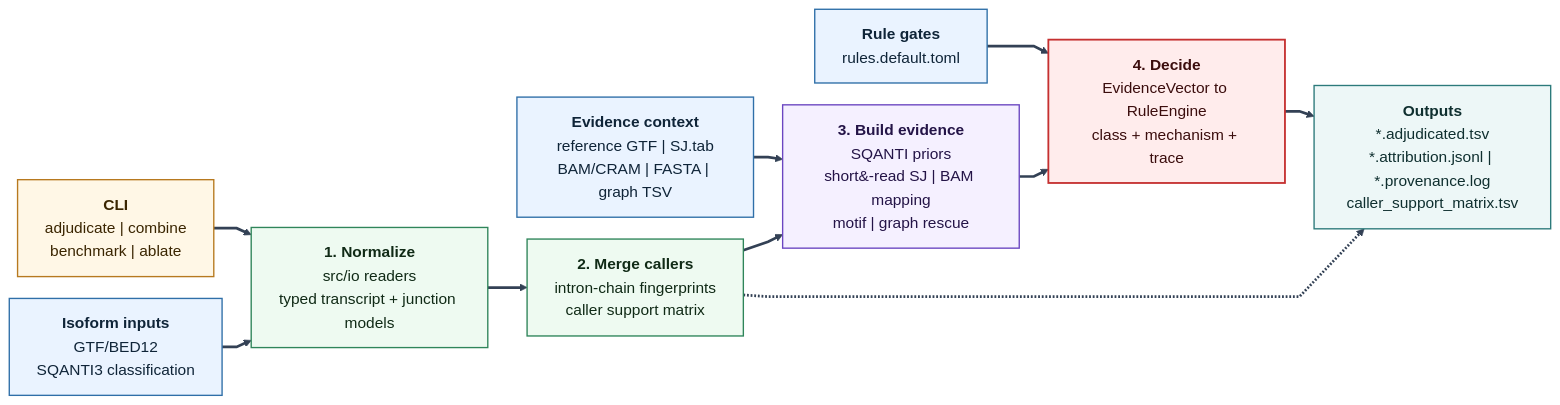
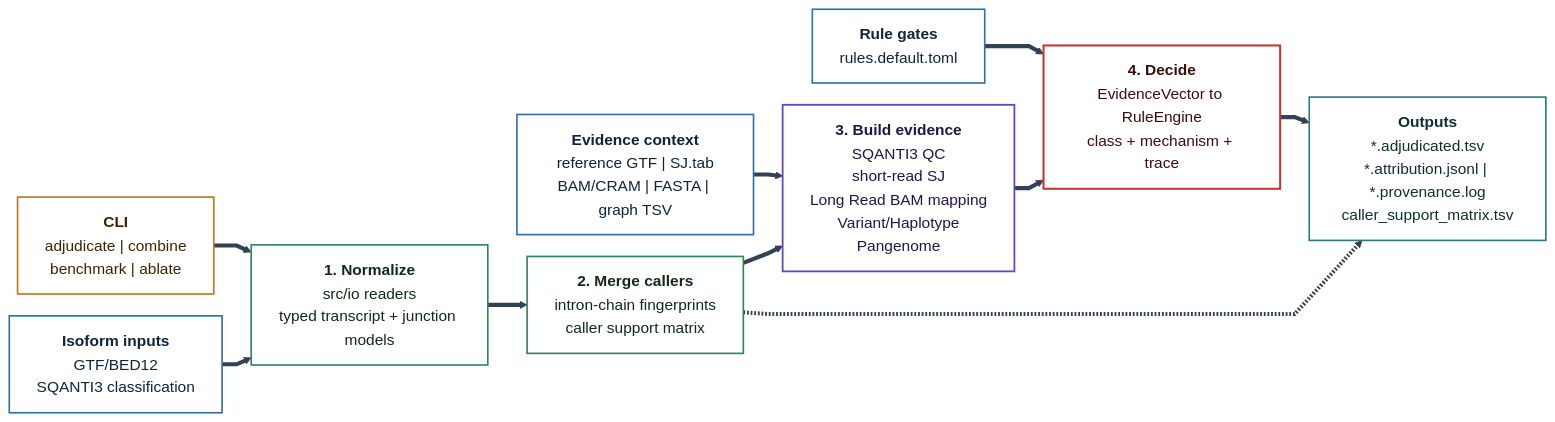
The diagram in README.md (jibeomko/PanIsoGuard), drawn with Mermaid before and after one commit.

Commit message:
docs: tune architecture diagram styling

````diff
--- a/README.md
+++ b/README.md
@@ -216,39 +216,39 @@
 ```mermaid
-%%{init: {"theme": "base", "themeVariables": {"fontSize": "17px", "fontFamily": "Arial, sans-serif", "primaryTextColor": "#111827", "lineColor": "#334155", "arrowheadColor": "#334155"}, "flowchart": {"htmlLabels": true, "curve": "linear", "nodeSpacing": 24, "rankSpacing": 32}}}%%
+%%{init: {"theme": "base", "themeVariables": {"background": "#ffffff", "mainBkg": "#ffffff", "fontSize": "17px", "fontFamily": "Arial, sans-serif", "primaryTextColor": "#111827", "lineColor": "#334155", "arrowheadColor": "#334155"}, "flowchart": {"htmlLabels": true, "curve": "linear", "nodeSpacing": 24, "rankSpacing": 32}}}%%
 flowchart LR
   CLI["<b>CLI</b><br/>adjudicate | combine<br/>benchmark | ablate"]
   Iso["<b>Isoform inputs</b><br/>GTF/BED12<br/>SQANTI3 classification"]
   Context["<b>Evidence context</b><br/>reference GTF | SJ.tab<br/>BAM/CRAM | FASTA | graph TSV"]
   Rules["<b>Rule gates</b><br/>rules.default.toml"]
 
   Normalize["<b>1. Normalize</b><br/>src/io readers<br/>typed transcript + junction models"]
   Consensus["<b>2. Merge callers</b><br/>intron-chain fingerprints<br/>caller support matrix"]
-  Evidence["<b>3. Build evidence</b><br/>SQANTI priors<br/>short&#8209;read&nbsp;SJ | BAM mapping<br/>motif | graph rescue"]
+  Evidence["<b>3. Build evidence</b><br/>SQANTI3 QC<br/>short‑read SJ<br/>Long Read BAM mapping<br/>Variant/Haplotype<br/>Pangenome"]
   Decide["<b>4. Decide</b><br/>EvidenceVector to RuleEngine<br/>class + mechanism + trace"]
   Outputs["<b>Outputs</b><br/>*.adjudicated.tsv<br/>*.attribution.jsonl | *.provenance.log<br/>caller_support_matrix.tsv"]
 
   CLI ==> Normalize
   Iso ==> Normalize
   Normalize ==> Consensus
   Consensus ==> Evidence
   Evidence ==> Decide
   Decide ==> Outputs
   Context ==> Evidence
   Rules ==> Decide
   Consensus -.-> Outputs
 
-  classDef command fill:#fff7e6,stroke:#b7791f,stroke-width:1.5px,color:#3a2500,font-size:17px;
-  classDef input fill:#eaf3ff,stroke:#2f6fa8,stroke-width:1.5px,color:#0f2438,font-size:17px;
-  classDef process fill:#eefaf1,stroke:#2f855a,stroke-width:1.5px,color:#102a16,font-size:17px;
-  classDef evidence fill:#f5f0ff,stroke:#6b46c1,stroke-width:1.5px,color:#241447,font-size:17px;
-  classDef decision fill:#ffecec,stroke:#c53030,stroke-width:2px,color:#3b0d0d,font-size:17px;
-  classDef output fill:#edf7f7,stroke:#2c7a7b,stroke-width:1.5px,color:#0f2f2f,font-size:17px;
+  classDef command fill:#ffffff,stroke:#b7791f,stroke-width:1.8px,color:#3a2500,font-size:17px;
+  classDef input fill:#ffffff,stroke:#2f6fa8,stroke-width:1.8px,color:#0f2438,font-size:17px;
+  classDef process fill:#ffffff,stroke:#2f855a,stroke-width:1.8px,color:#102a16,font-size:17px;
+  classDef evidence fill:#ffffff,stroke:#6b46c1,stroke-width:2px,color:#241447,font-size:17px;
+  classDef decision fill:#ffffff,stroke:#c53030,stroke-width:2.2px,color:#3b0d0d,font-size:17px;
+  classDef output fill:#ffffff,stroke:#2c7a7b,stroke-width:1.8px,color:#0f2f2f,font-size:17px;
 
   class CLI command;
   class Iso,Context,Rules input;
   class Normalize,Consensus process;
   class Evidence evidence;
   class Decide decision;
   class Outputs output;
-  linkStyle default stroke:#334155,stroke-width:3px;
+  linkStyle default stroke:#334155,stroke-width:4.5px;
 ```
````
